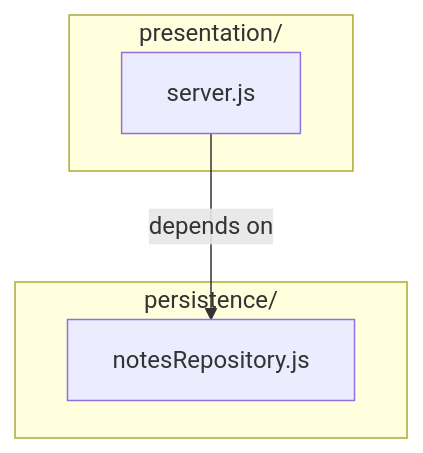
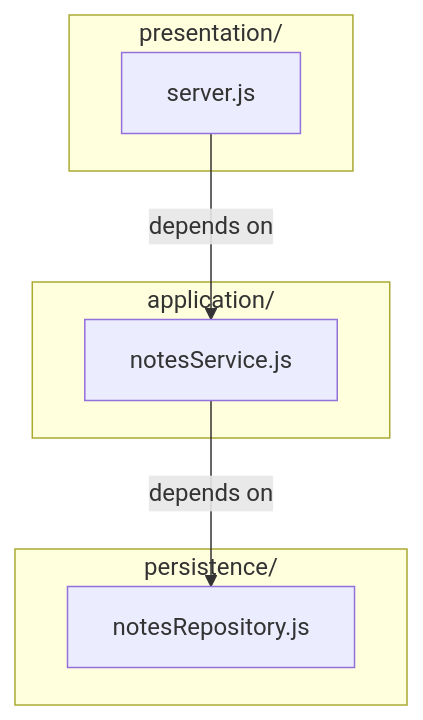
The first of 2 diagrams in 09._Layered_architecture_hands_on/example-node/README.md (Ek-Ita-Swa-Iti/EK_ITA_SWA_2026_fall), drawn with Mermaid before and after one commit. The commit also changed other lines of this file, not shown here.

First line of the commit message:
S9 example-node README: document the application layer

````diff
--- a/09._Layered_architecture_hands_on/example-node/README.md
+++ b/09._Layered_architecture_hands_on/example-node/README.md
@@ -49,11 +52,15 @@
 ```mermaid
 flowchart TB
     subgraph presentation["presentation/"]
         SERVER[server.js]
     end
+    subgraph application["application/"]
+        SERVICE[notesService.js]
+    end
     subgraph persistence["persistence/"]
         REPO[notesRepository.js]
     end
 
-    SERVER -->|"depends on"| REPO
+    SERVER -->|"depends on"| SERVICE
+    SERVICE -->|"depends on"| REPO
 ```
````
